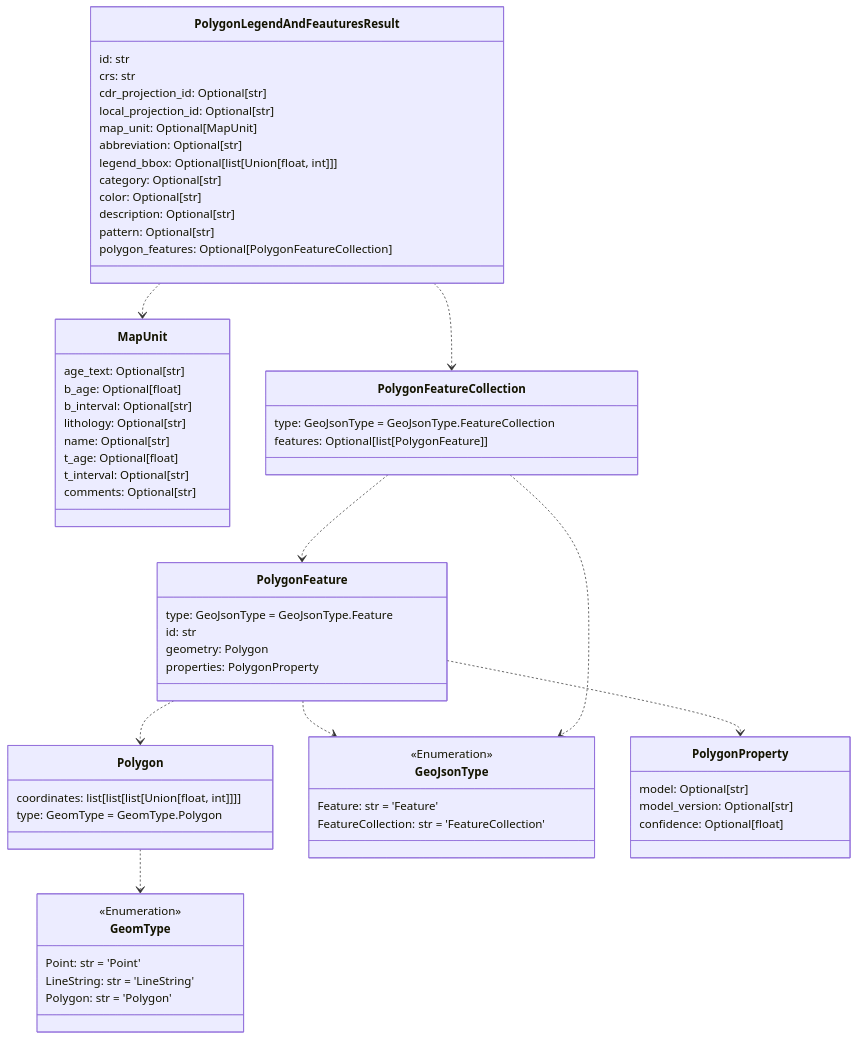
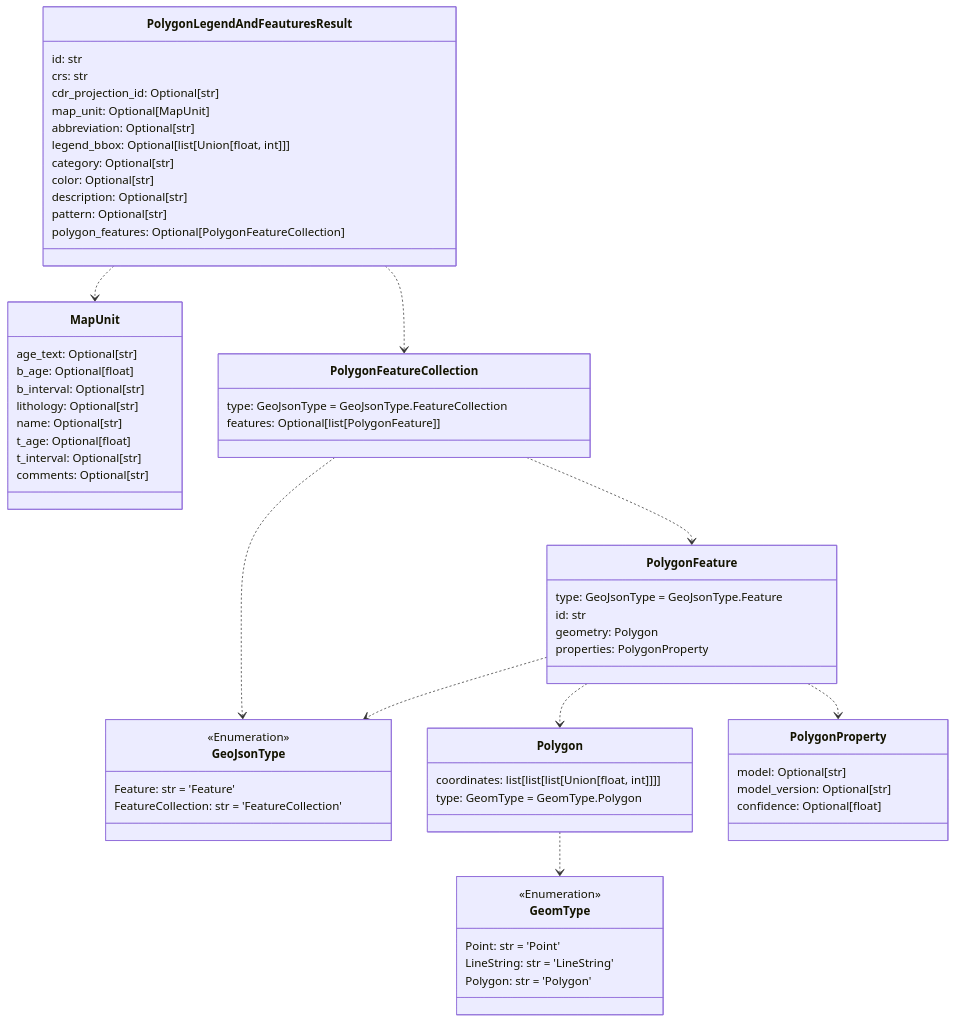
The sixth of 6 diagrams in README.md (DARPA-CRITICALMAAS/cdr_schemas), drawn with Mermaid before and after one commit. The commit also changed other lines of this file, not shown here.

````diff
--- a/README.md
+++ b/README.md
@@ -420,76 +415,75 @@
 ```mermaid
 classDiagram
-
-    class PolygonFeature {
-        type: GeoJsonType = GeoJsonType.Feature
-        id: str
-        geometry: Polygon
-        properties: PolygonProperty
-    }
-
-    class PolygonLegendAndFeauturesResult {
-        id: str
-        crs: str
-        cdr_projection_id: Optional[str]
-        local_projection_id: Optional[str]
-        map_unit: Optional[MapUnit]
-        abbreviation: Optional[str]
-        legend_bbox: Optional[list[Union[float, int]]]
-        category: Optional[str]
-        color: Optional[str]
-        description: Optional[str]
-        pattern: Optional[str]
-        polygon_features: Optional[PolygonFeatureCollection]
-    }
-
-    class Polygon {
-        coordinates: list[list[list[Union[float, int]]]]
-        type: GeomType = GeomType.Polygon
-    }
 
     class MapUnit {
         age_text: Optional[str]
         b_age: Optional[float]
         b_interval: Optional[str]
         lithology: Optional[str]
         name: Optional[str]
         t_age: Optional[float]
         t_interval: Optional[str]
         comments: Optional[str]
     }
 
     class GeomType {
         <<Enumeration>>
         Point: str = 'Point'
         LineString: str = 'LineString'
         Polygon: str = 'Polygon'
     }
 
     class GeoJsonType {
         <<Enumeration>>
         Feature: str = 'Feature'
         FeatureCollection: str = 'FeatureCollection'
     }
 
+    class Polygon {
+        coordinates: list[list[list[Union[float, int]]]]
+        type: GeomType = GeomType.Polygon
+    }
+
     class PolygonProperty {
         model: Optional[str]
         model_version: Optional[str]
         confidence: Optional[float]
+    }
+
+    class PolygonFeature {
+        type: GeoJsonType = GeoJsonType.Feature
+        id: str
+        geometry: Polygon
+        properties: PolygonProperty
+    }
+
+    class PolygonLegendAndFeauturesResult {
+        id: str
+        crs: str
+        cdr_projection_id: Optional[str]
+        map_unit: Optional[MapUnit]
+        abbreviation: Optional[str]
+        legend_bbox: Optional[list[Union[float, int]]]
+        category: Optional[str]
+        color: Optional[str]
+        description: Optional[str]
+        pattern: Optional[str]
+        polygon_features: Optional[PolygonFeatureCollection]
     }
 
     class PolygonFeatureCollection {
         type: GeoJsonType = GeoJsonType.FeatureCollection
         features: Optional[list[PolygonFeature]]
     }
 
     Polygon ..> GeomType
+    PolygonFeature ..> PolygonProperty
     PolygonFeature ..> GeoJsonType
-    PolygonFeature ..> PolygonProperty
     PolygonFeature ..> Polygon
     PolygonFeatureCollection ..> PolygonFeature
     PolygonFeatureCollection ..> GeoJsonType
     PolygonLegendAndFeauturesResult ..> MapUnit
     PolygonLegendAndFeauturesResult ..> PolygonFeatureCollection
 
 
 ```
````
